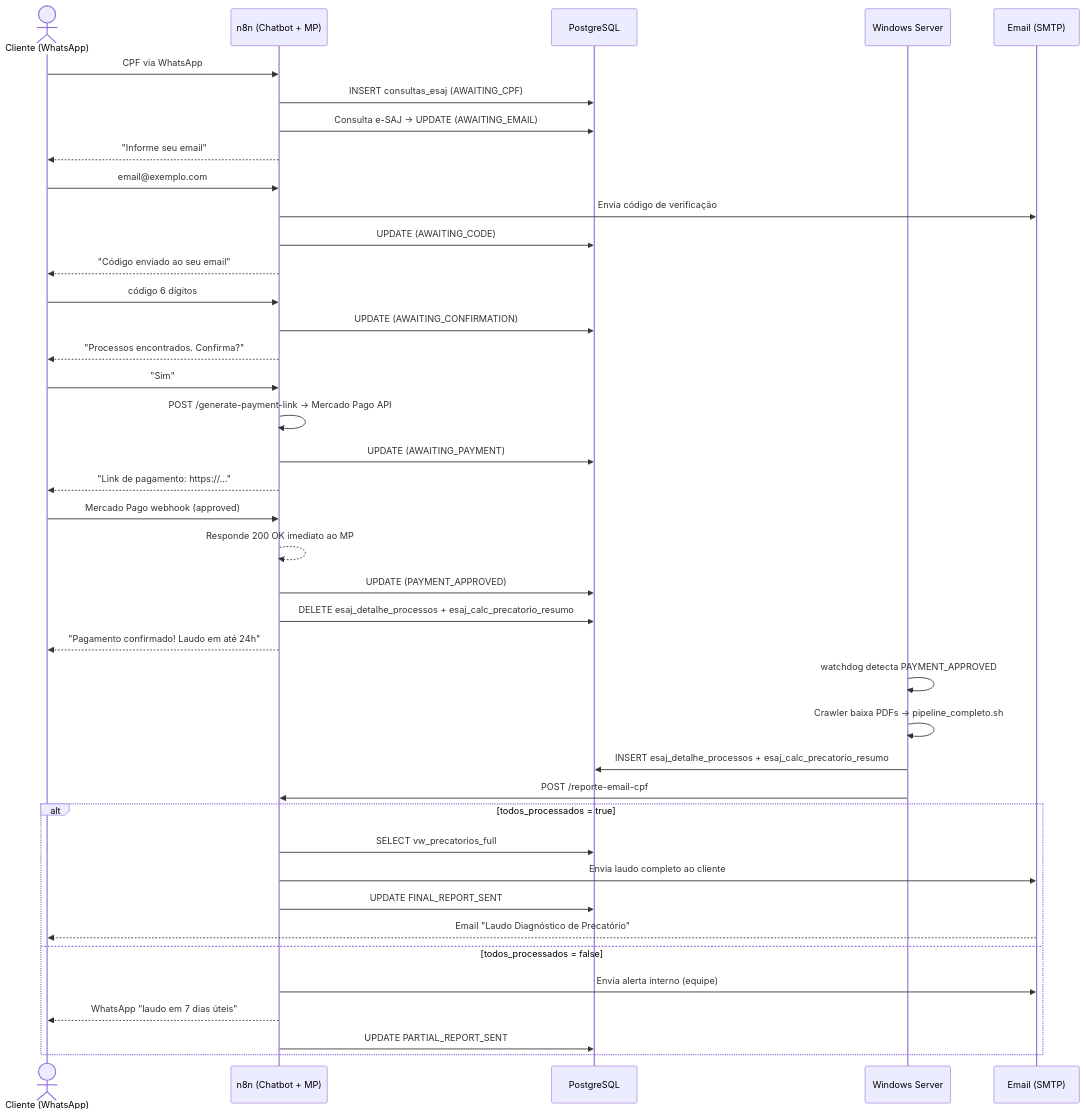
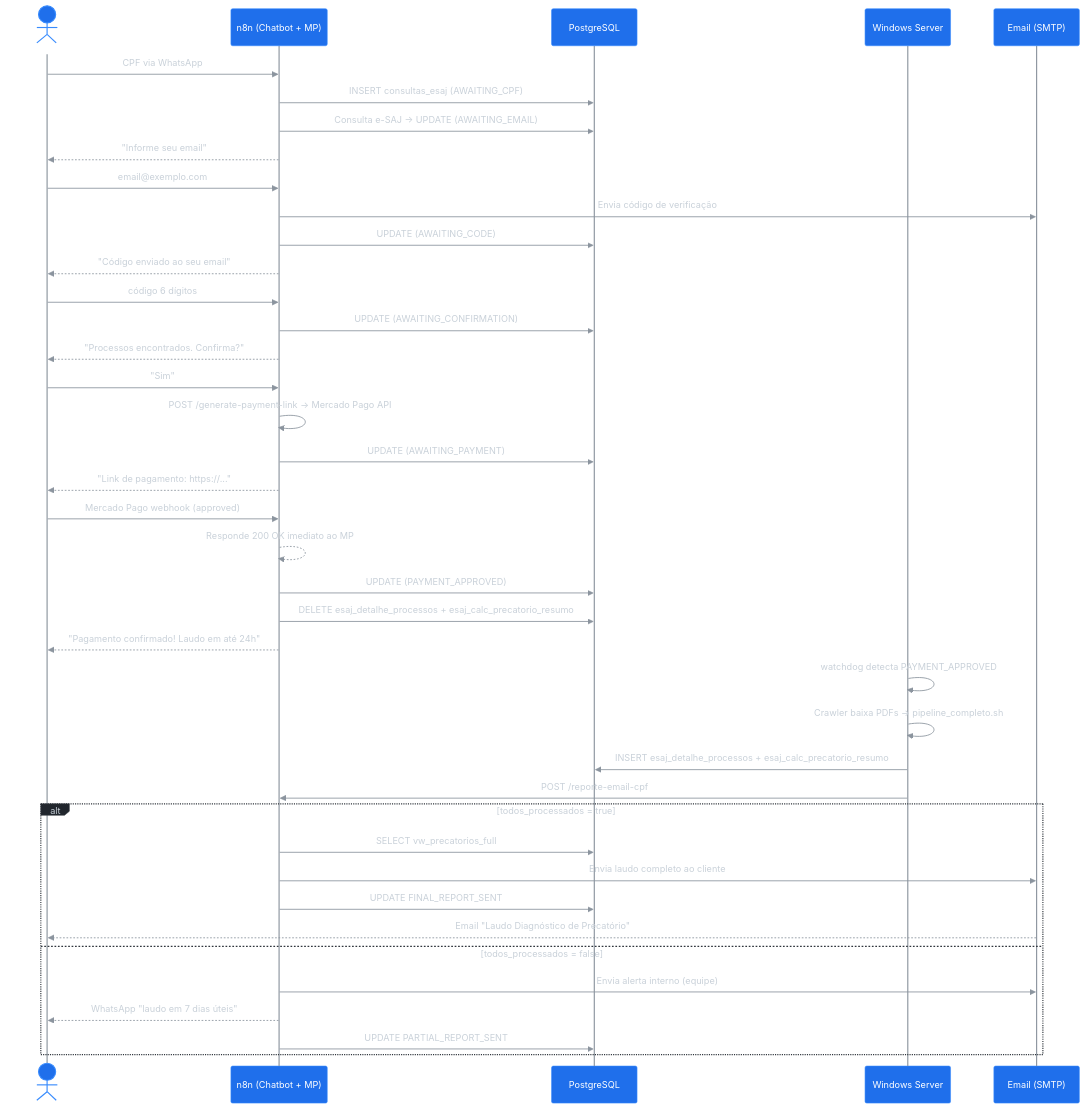
One commit to revisaprecatorio/n8n-source-code-docs changed the second of 2 diagrams in README.md. Above: the diagram before and after it, drawn with Mermaid.

Commit message:
fix: adiciona init directive com tema escuro no sequence diagram - elimina boxes brancos

````diff
--- a/README.md
+++ b/README.md
@@ -87,49 +87,50 @@
 ```mermaid
+%%{init: {'theme': 'base', 'themeVariables': {'actorBkg': '#1f6feb', 'actorTextColor': '#ffffff', 'actorBorder': '#388bfd', 'actorLineColor': '#8b949e', 'signalColor': '#8b949e', 'signalTextColor': '#c9d1d9', 'labelBoxBkgColor': '#21262d', 'labelBoxBorderColor': '#30363d', 'labelTextColor': '#c9d1d9', 'loopTextColor': '#c9d1d9', 'noteBkgColor': '#21262d', 'noteTextColor': '#c9d1d9', 'activationBkgColor': '#388bfd', 'activationBorderColor': '#58a6ff'}}}%%
 sequenceDiagram
     actor CLI as Cliente (WhatsApp)
     participant N8N as n8n (Chatbot + MP)
     participant DB as PostgreSQL
     participant WIN as Windows Server
     participant EM as Email (SMTP)
 
     CLI->>N8N: CPF via WhatsApp
     N8N->>DB: INSERT consultas_esaj (AWAITING_CPF)
     N8N->>DB: Consulta e-SAJ → UPDATE (AWAITING_EMAIL)
     N8N-->>CLI: "Informe seu email"
 
     CLI->>N8N: email@exemplo.com
     N8N->>EM: Envia código de verificação
     N8N->>DB: UPDATE (AWAITING_CODE)
     N8N-->>CLI: "Código enviado ao seu email"
 
     CLI->>N8N: código 6 dígitos
     N8N->>DB: UPDATE (AWAITING_CONFIRMATION)
     N8N-->>CLI: "Processos encontrados. Confirma?"
 
     CLI->>N8N: "Sim"
     N8N->>N8N: POST /generate-payment-link → Mercado Pago API
     N8N->>DB: UPDATE (AWAITING_PAYMENT)
     N8N-->>CLI: "Link de pagamento: https://..."
 
     CLI->>N8N: Mercado Pago webhook (approved)
     N8N-->>N8N: Responde 200 OK imediato ao MP
     N8N->>DB: UPDATE (PAYMENT_APPROVED)
     N8N->>DB: DELETE esaj_detalhe_processos + esaj_calc_precatorio_resumo
     N8N-->>CLI: "Pagamento confirmado! Laudo em até 24h"
 
     WIN->>WIN: watchdog detecta PAYMENT_APPROVED
     WIN->>WIN: Crawler baixa PDFs → pipeline_completo.sh
     WIN->>DB: INSERT esaj_detalhe_processos + esaj_calc_precatorio_resumo
     WIN->>N8N: POST /reporte-email-cpf
 
     alt todos_processados = true
         N8N->>DB: SELECT vw_precatorios_full
         N8N->>EM: Envia laudo completo ao cliente
         N8N->>DB: UPDATE FINAL_REPORT_SENT
         EM-->>CLI: Email "Laudo Diagnóstico de Precatório"
     else todos_processados = false
         N8N->>EM: Envia alerta interno (equipe)
         N8N-->>CLI: WhatsApp "laudo em 7 dias úteis"
         N8N->>DB: UPDATE PARTIAL_REPORT_SENT
     end
 ```
````
